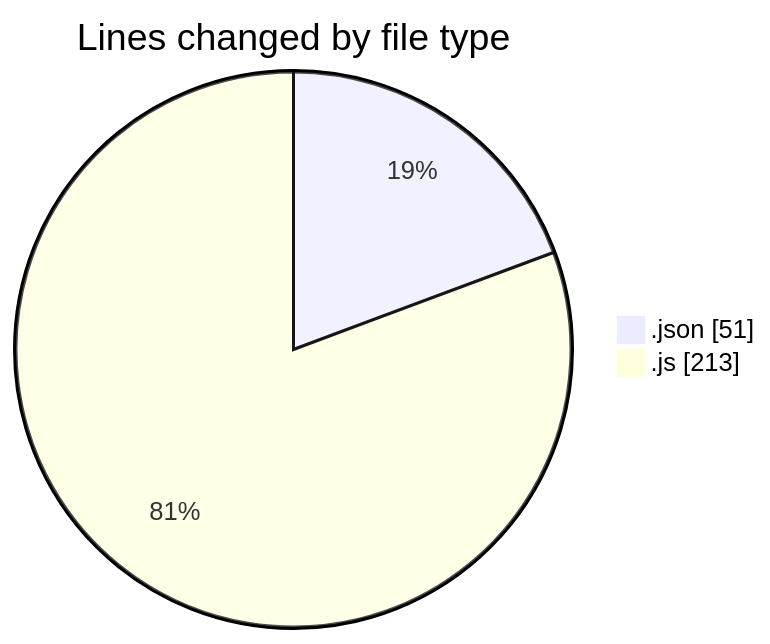
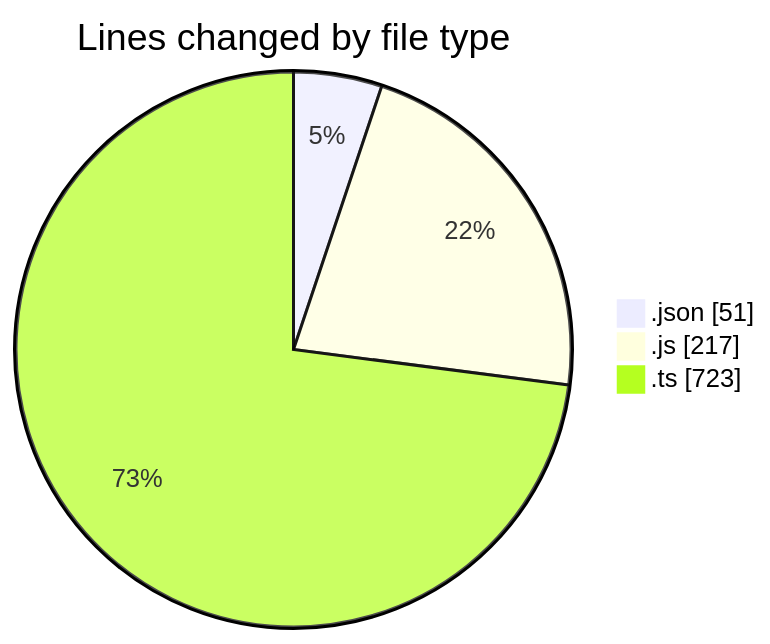
One commit to momahboobian/code-tracking changed the first of 2 diagrams in 2025-10-08/cda/README.md. Above: the diagram before and after it, drawn with Mermaid. The commit also changed other lines of this file and 1 other file, not shown here.

````diff
--- a/2025-10-08/cda/README.md
+++ b/2025-10-08/cda/README.md
@@ -22,6 +24,7 @@
 ```mermaid
 pie showData
 title Lines changed by file type
 ".json" : 51
-".js" : 213
+".js" : 217
+".ts" : 723
 ```
````
